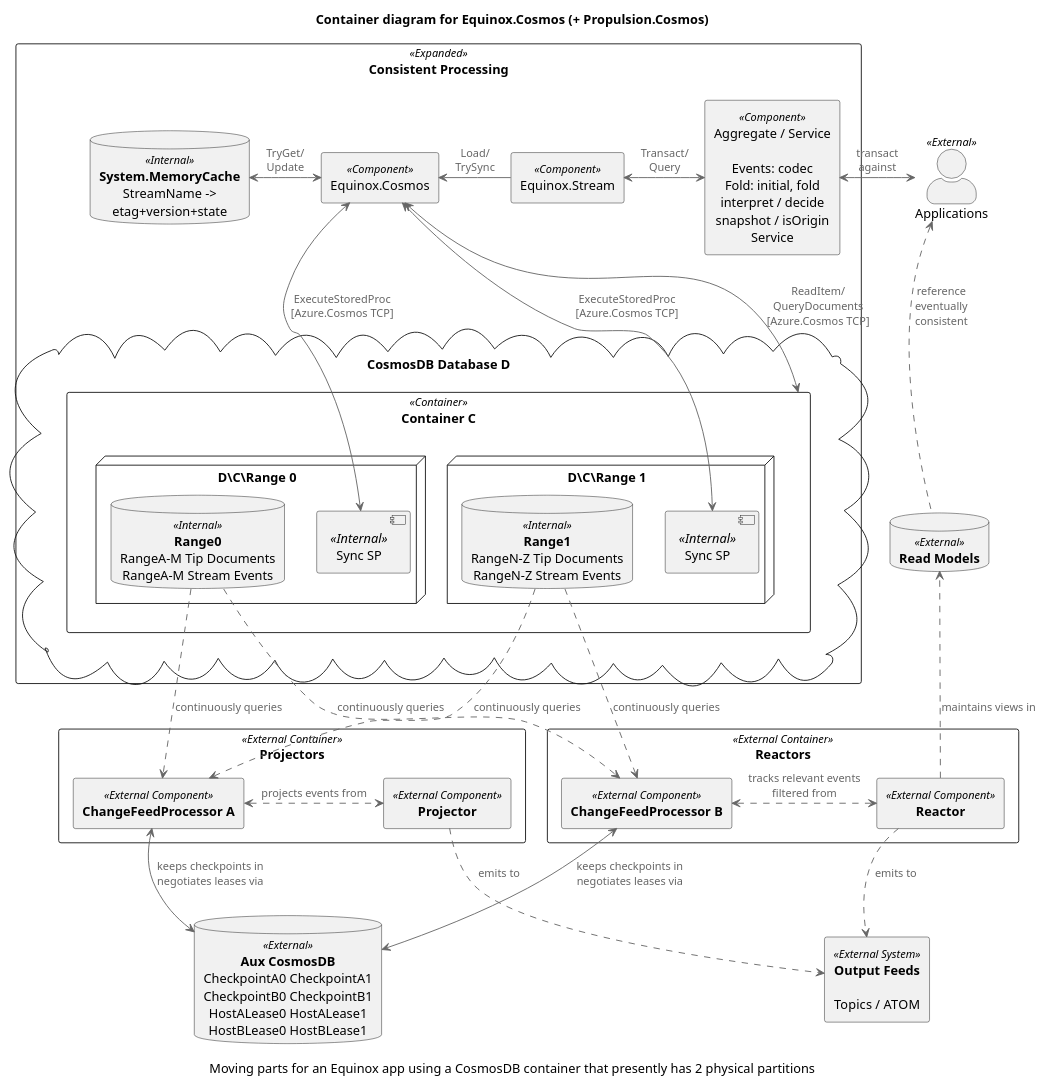
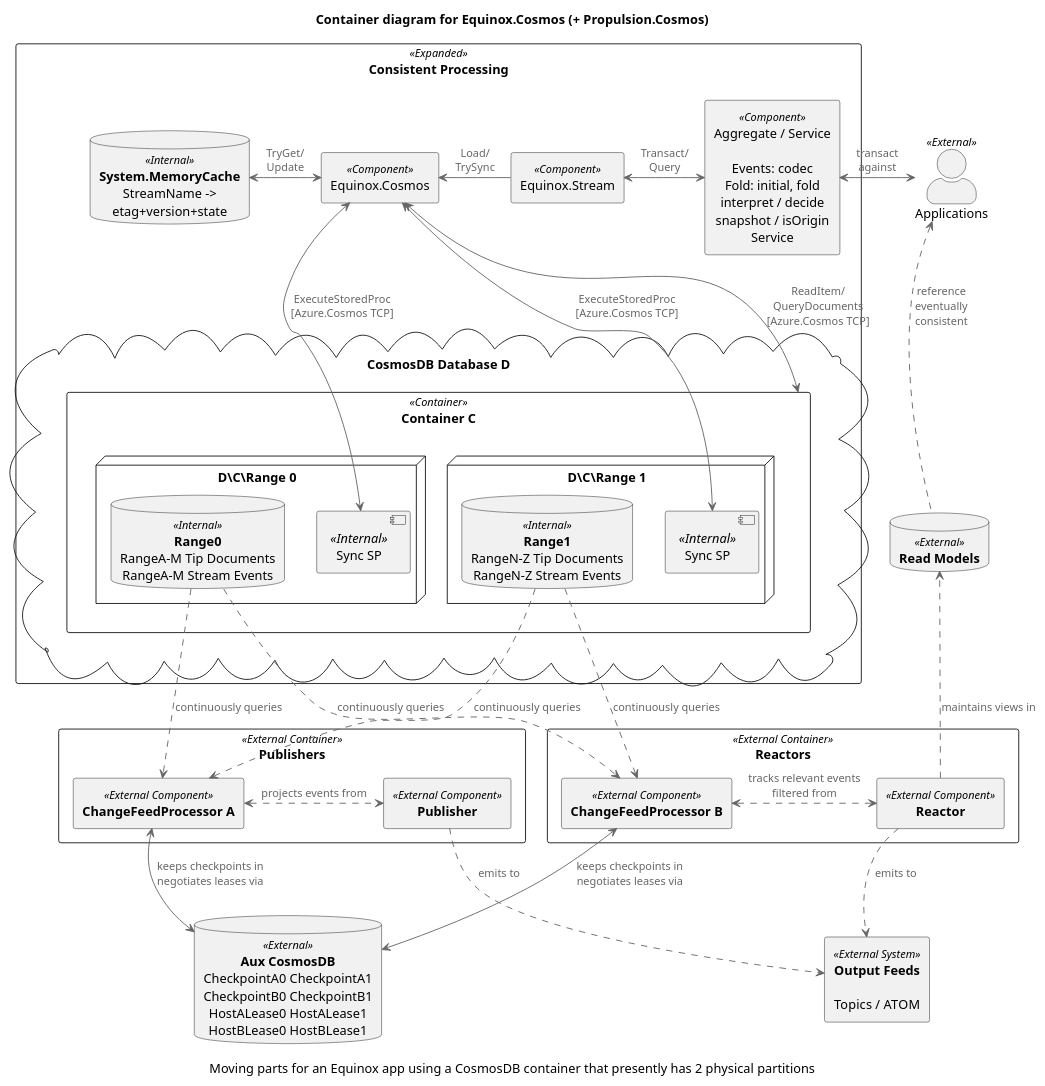
Before and after one commit to jet/equinox: the diagram in diagrams/CosmosContainer.puml, drawn with PlantUML. The commit also changed 6 other files, not shown here.

```diff
--- a/diagrams/CosmosContainer.puml
+++ b/diagrams/CosmosContainer.puml
@@ -1,123 +1,123 @@
 @startuml
 !includeurl https://raw.githubusercontent.com/skleanthous/C4-PlantumlSkin/master/build/output/c4.puml
 
 title Container diagram for Equinox.Cosmos (+ Propulsion.Cosmos)
 caption Moving parts for an Equinox app using a CosmosDB container that presently has 2 physical partitions
 
 actor "Applications" <<External>> as apps
 
 rectangle "Consistent Processing" <<Expanded>> {
     together {
         rectangle aggregate <<Component>> [
             Aggregate / Service
 
             Events: codec
             Fold: initial, fold
             interpret / decide
             snapshot / isOrigin
             Service
         ]
         rectangle stream <<Component>> [
             Equinox.Stream
         ]
     }
 
     database memorycache <<Internal>> [
         **System.MemoryCache**
         StreamName ->
         etag+version+state
     ]
 
     rectangle eqxcosmos <<Component>> [
         Equinox.Cosmos
     ]
 
     cloud "CosmosDB Database D" as db {
         rectangle "Container C" as cosmos <<Container>> {
             node "D\C\Range 0" {
                 rectangle [Sync SP] as sync0 <<Internal>>
                 database range0 <<Internal>> [
                     **Range0**
                     RangeA-M Tip Documents
                     RangeA-M Stream Events
                 ]
             }
             node "D\C\Range 1" {
                 rectangle [Sync SP] as sync1 <<Internal>>
                 database range1 <<Internal>> [
                     **Range1**
                     RangeN-Z Tip Documents
                     RangeN-Z Stream Events
                 ]
             } 
         }
     }
 }
 
-rectangle "**Projectors**" as projectors <<External Container>> {
+rectangle "**Publishers**" as projectors <<External Container>> {
     rectangle cfp0 <<External Component>> [
         **ChangeFeedProcessor A**
     ]
     rectangle projector <<External Component>> [
-        **Projector**
+        **Publisher**
     ]
 }
 
 rectangle "**Reactors**" as reactors <<External Container>> {
     rectangle cfp1 <<External Component>> [
         **ChangeFeedProcessor B**
     ]
     rectangle reactor <<External Component>> [
         **Reactor**
     ]
 }
 database caches <<External>> [
     **Read Models**
 ]
 
 rectangle outputs <<External System>> [
     **Output Feeds**
 
     Topics / ATOM
 ]
 
 database aux <<External>> [
     **Aux CosmosDB**
     CheckpointA0 CheckpointA1
     CheckpointB0 CheckpointB1
     HostALease0 HostALease1
     HostBLease0 HostBLease1
 ]
 
 apps      <->   aggregate   : transact\nagainst
 apps      <.    caches      : reference\neventually\nconsistent
 
 aggregate <-L-> stream      : Transact/\nQuery
 stream     -L-> eqxcosmos   : Load/\nTrySync
 
 eqxcosmos <-L-> memorycache : TryGet/\nUpdate
 eqxcosmos <->   sync0       : ExecuteStoredProc\n[Azure.Cosmos TCP]
 eqxcosmos <->   cosmos      : ReadItem/\nQueryDocuments\n[Azure.Cosmos TCP]
 eqxcosmos <->   sync1       : ExecuteStoredProc\n[Azure.Cosmos TCP]
 
 range0     ..>  cfp0        : continuously queries
 range1     ..>  cfp0        : continuously queries
 
 range0     ..>  cfp1        : continuously queries
 range1     ..>  cfp1        : continuously queries
 
 cfp0      <->   aux         : keeps checkpoints in\nnegotiates leases via
 cfp1      <->   aux         : keeps checkpoints in\nnegotiates leases via
 cfp0      <.>   projector   : projects events from
 cfp1      <.>   reactor     : tracks relevant events filtered from
 reactor     .>  caches      : maintains views in
 reactor     .>  outputs     : emits to
 projector   .>  outputs     : emits to
 
 eqxcosmos -[hidden]D-> sync0
 cfp0      -[hidden]D-> aux
 reactor   -[hidden]D-> outputs
 reactor   -[hidden]U-> caches
 caches    -[hidden]U-> apps
 
 @enduml
```
